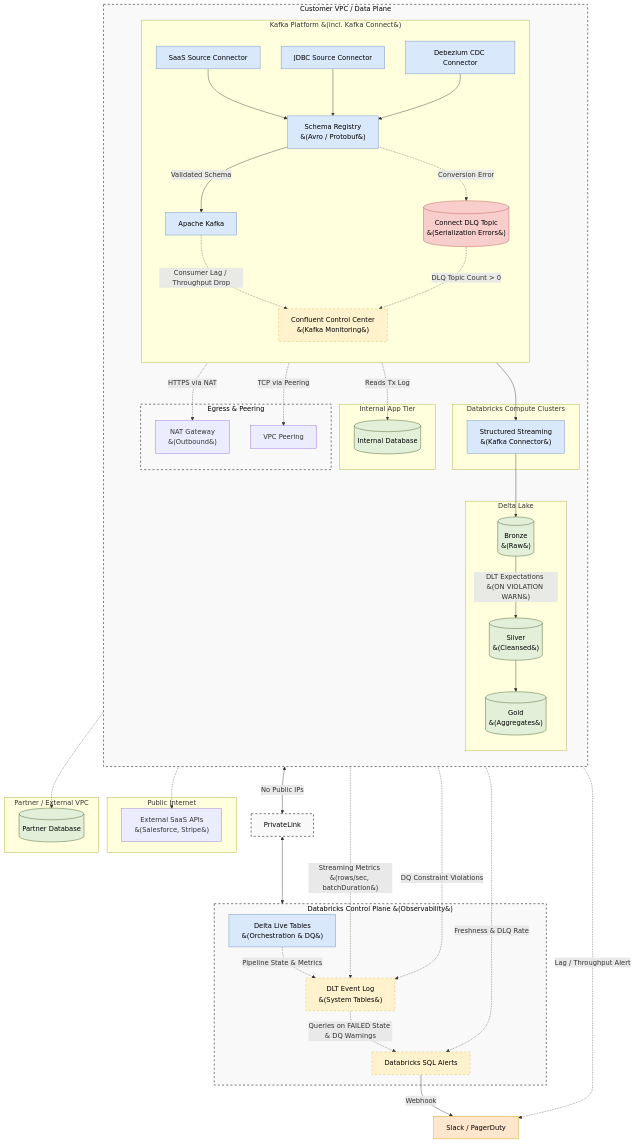
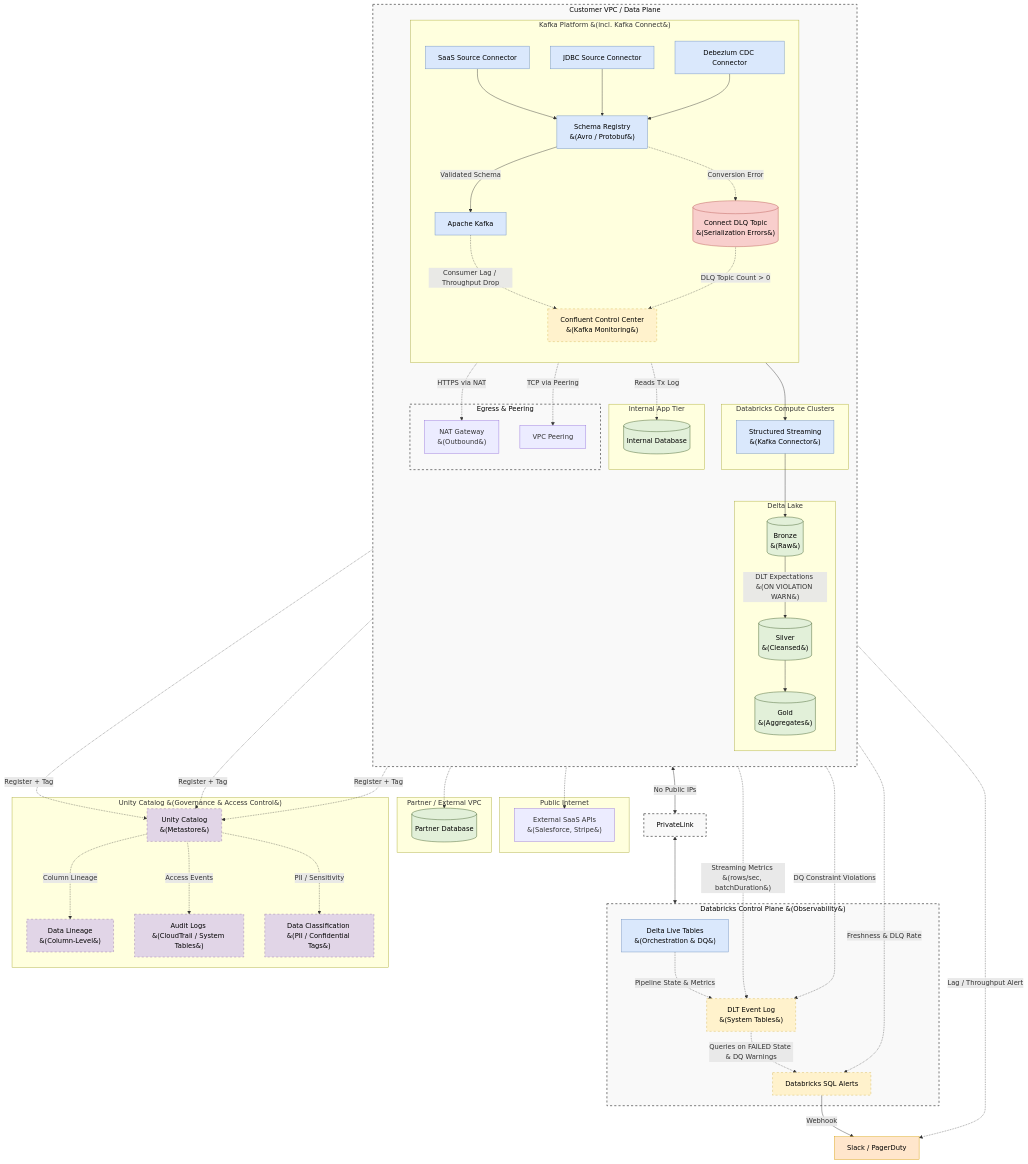
The diagram in databricks/realtime_ingestion_architecture.md (toanbui626391/data_architect), drawn with Mermaid before and after one commit. The commit also changed other lines of this file, not shown here.

Commit message:
update databrick ingestion architect

````diff
--- a/databricks/realtime_ingestion_architecture.md
+++ b/databricks/realtime_ingestion_architecture.md
@@ -64,6 +64,14 @@
         SQLAlert["Databricks SQL Alerts"]
     end
 
+    %% Governance Plane
+    subgraph GovernancePlane [Unity Catalog &#40;Governance & Access Control&#41;]
+        UC["Unity Catalog <br>&#40;Metastore&#41;"]
+        Lineage["Data Lineage <br>&#40;Column-Level&#41;"]
+        AuditLog["Audit Logs <br>&#40;CloudTrail / System Tables&#41;"]
+        TagEngine["Data Classification <br>&#40;PII / Confidential Tags&#41;"]
+    end
+
     %% External Notification Target
     Notification["Slack / PagerDuty"]
 
@@ -89,6 +97,14 @@
     Spark --> Bronze
     Bronze -->|DLT Expectations <br>&#40;ON VIOLATION WARN&#41;| Silver
     Silver --> Gold
+
+    %% Governance Flow
+    Bronze -.->|Register + Tag| UC
+    Silver -.->|Register + Tag| UC
+    Gold -.->|Register + Tag| UC
+    UC -.->|Column Lineage| Lineage
+    UC -.->|Access Events| AuditLog
+    UC -.->|PII / Sensitivity| TagEngine
 
     %% Networking
     Compute <-->|No Public IPs| VPCE
@@ -119,10 +135,13 @@
     classDef network fill:#f9f9f9,stroke:#666,stroke-width:2px,color:#000,stroke-dasharray: 5 5;
     classDef alert fill:#ffe6cc,stroke:#d79b00,stroke-width:1px,color:#000;
     
+    classDef gov fill:#e1d5e7,stroke:#9673a6,stroke-width:1px,color:#000,stroke-dasharray: 5 5;
+
     class InternalDB,PartnerDB,Bronze,Silver,Gold storage;
     class SaaSConn,PartnerConn,CDCConn,SchemaReg,Kafka,Spark,DLT process;
     class KafkaDLQ bad;
     class CC,EventLog,SQLAlert monitor;
     class CustomerVPC,ControlPlane,VPCE,NetworkEgress network;
     class Notification alert;
+    class UC,Lineage,AuditLog,TagEngine gov;
 ```
````
